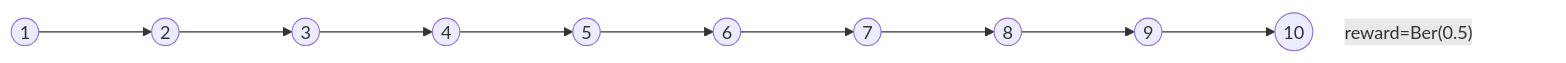
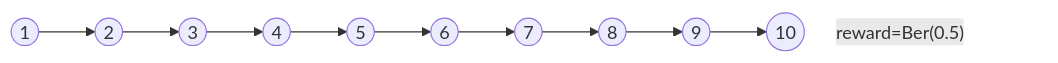
Before and after one commit to pluto0x0/pluto0x0.github.io: the diagram in _posts/2024-03-23-reinforcement-learning-lecture-17.md, drawn with Mermaid.

````diff
--- a/_posts/2024-03-23-reinforcement-learning-lecture-17.md
+++ b/_posts/2024-03-23-reinforcement-learning-lecture-17.md
@@ -53,14 +53,14 @@
 ```mermaid
 graph LR
     1((1)) 
-    ---> 2((2))
-    ---> 3((3))
-    ---> 4((4)) 
-    ---> 5((5))
-    ---> 6((6))
-    ---> 7((7))
-    ---> 8((8))
-    ---> 9((9))
-    ---> 10((10))
+    --> 2((2))
+    --> 3((3))
+    --> 4((4)) 
+    --> 5((5))
+    --> 6((6))
+    --> 7((7))
+    --> 8((8))
+    --> 9((9))
+    --> 10((10))
     10 ~~~|"reward=Ber(0.5)"| 10
 ```
````
